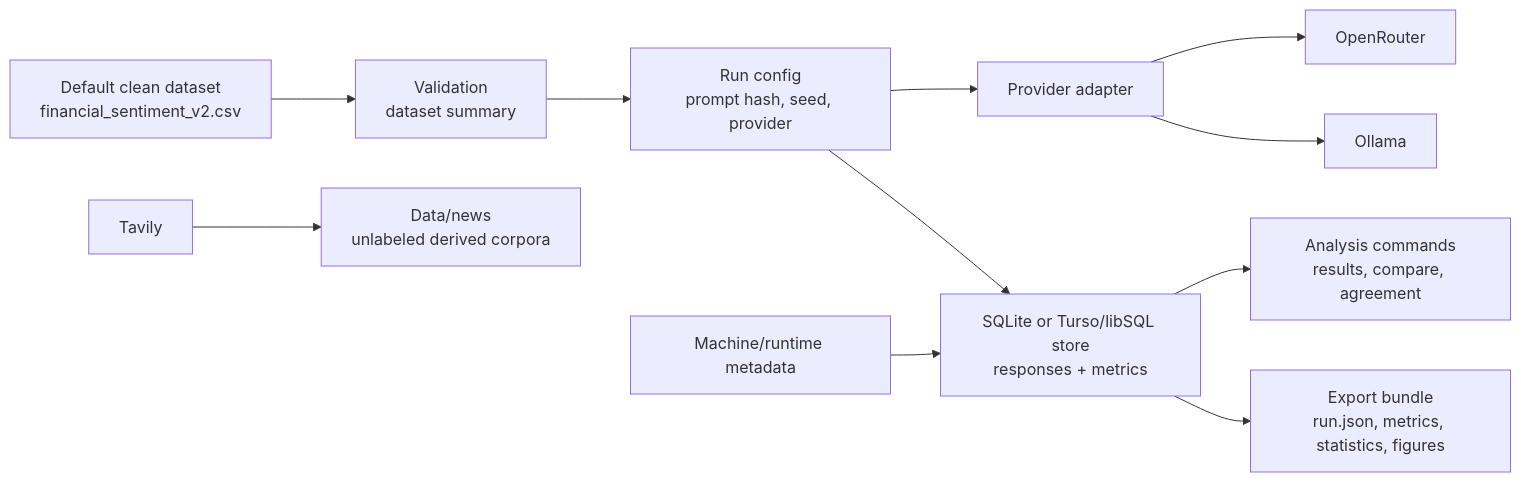
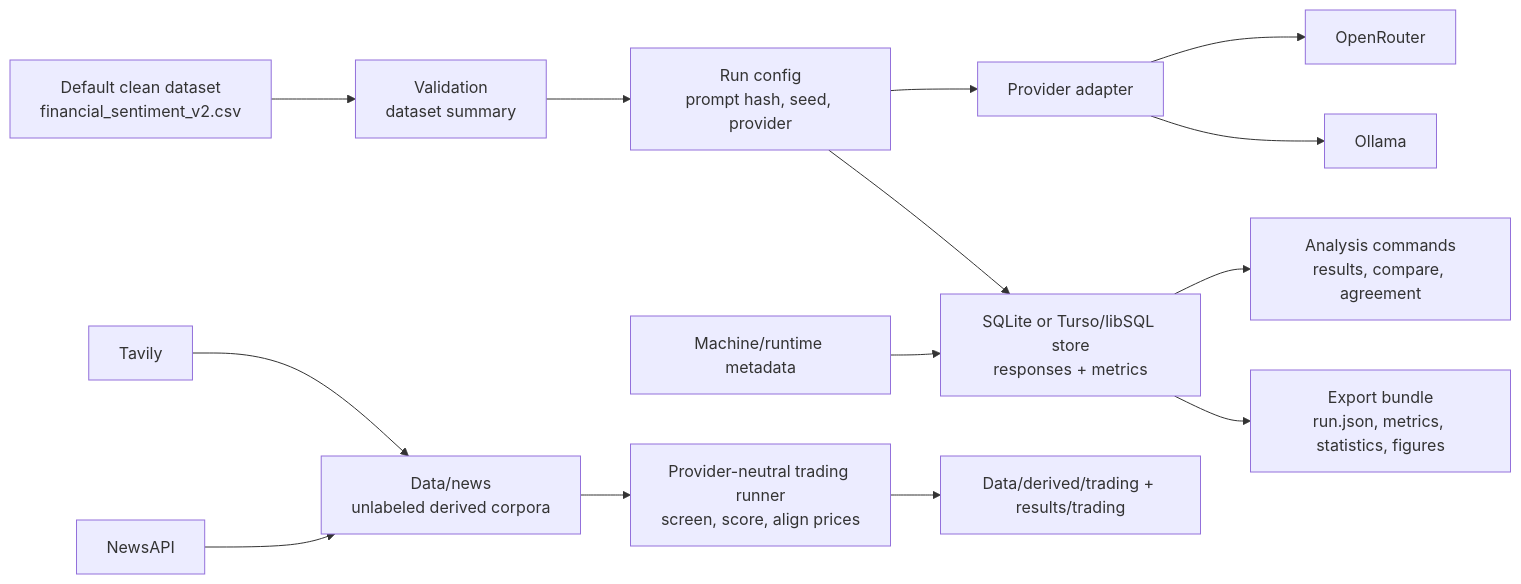
The diagram in docs/architecture.md (PeterLP123/Sentiment_Dissertation), drawn with Mermaid before and after one commit. The commit also changed other lines of this file and 27 other files, not shown here.

First line of the commit message:
Add news-sentiment trading pilot with NewsAPI source

````diff
--- a/docs/architecture.md
+++ b/docs/architecture.md
@@ -17,13 +17,16 @@
 ```mermaid
 flowchart LR
     D["Default clean dataset<br/>financial_sentiment_v2.csv"] --> V["Validation<br/>dataset summary"]
     V --> R["Run config<br/>prompt hash, seed, provider"]
     R --> P["Provider adapter"]
     P --> O["OpenRouter"]
     P --> L["Ollama"]
     R --> S["SQLite or Turso/libSQL store<br/>responses + metrics"]
     M["Machine/runtime metadata"] --> S
     S --> A["Analysis commands<br/>results, compare, agreement"]
     S --> E["Export bundle<br/>run.json, metrics, statistics, figures"]
     T["Tavily"] --> N["Data/news<br/>unlabeled derived corpora"]
+    NA["NewsAPI"] --> N
+    N --> TR["Provider-neutral trading runner<br/>screen, score, align prices"]
+    TR --> TE["Data/derived/trading + results/trading"]
 ```
````
